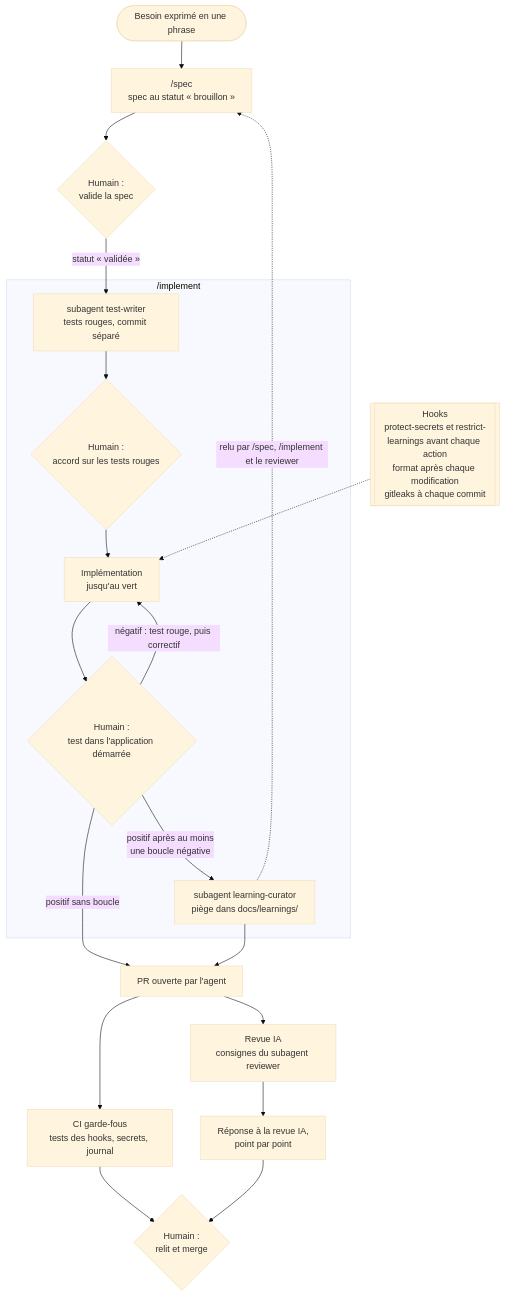
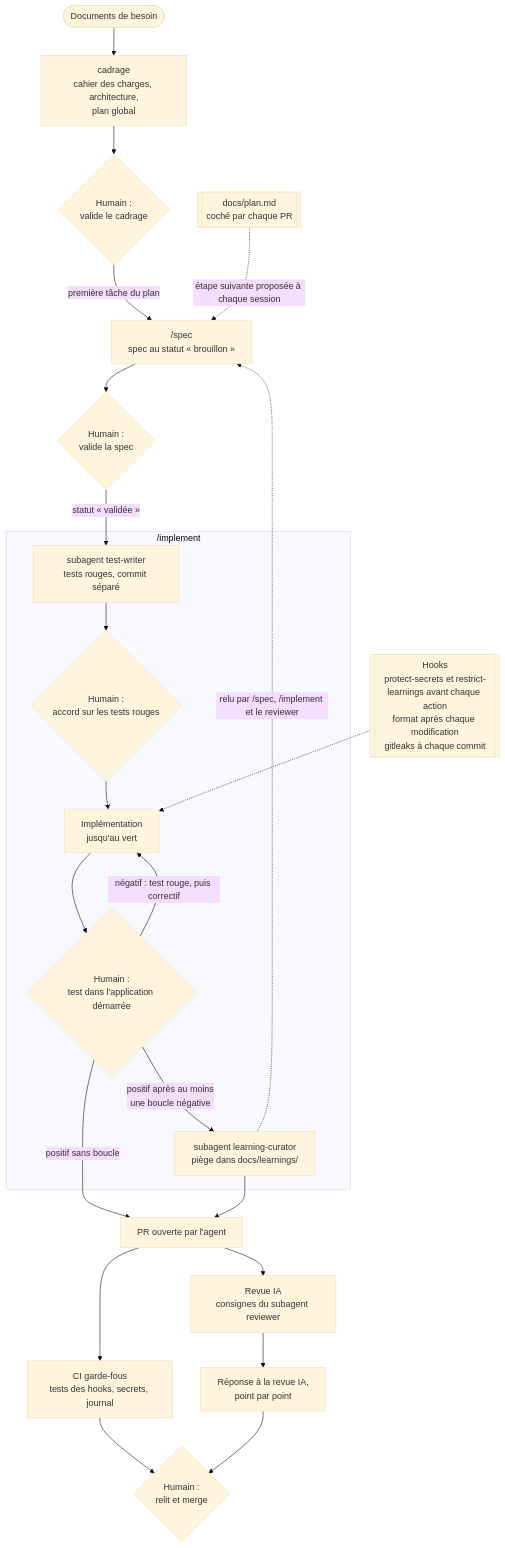
One commit to yanis-vroland/agentic-dev-workflow changed the diagram in README.md. Above: the diagram before and after it, drawn with Mermaid (base theme). The commit also changed other lines of this file and 13 other files, not shown here.

First line of the commit message:
feat: cadrage du besoin et plan global conduits par l'agent (spec 008) (#46)

````diff
--- a/README.md
+++ b/README.md
@@ -16,25 +16,28 @@
 ```mermaid
 flowchart TD
-  besoin([Besoin exprimé en une phrase]) --> spec["/spec<br/>spec au statut « brouillon »"]
+  docs([Documents de besoin]) --> cadrage["cadrage<br/>cahier des charges, architecture,<br/>plan global"]
+  cadrage --> h0{"Humain :<br/>valide le cadrage"}
+  h0 -- "première tâche du plan" --> spec["/spec<br/>spec au statut « brouillon »"]
   spec --> h1{"Humain :<br/>valide la spec"}
   h1 -- "statut « validée »" --> tw
 
   subgraph implement ["/implement"]
     tw["subagent test-writer<br/>tests rouges, commit séparé"] --> h2{"Humain :<br/>accord sur les tests rouges"}
     h2 --> code["Implémentation<br/>jusqu'au vert"]
     code --> h3{"Humain :<br/>test dans l'application démarrée"}
     h3 -- "négatif : test rouge, puis correctif" --> code
     h3 -- "positif après au moins<br/>une boucle négative" --> lc["subagent learning-curator<br/>piège dans docs/learnings/"]
   end
 
   hooks[["Hooks<br/>protect-secrets et restrict-learnings avant chaque action<br/>format après chaque modification<br/>gitleaks à chaque commit"]] -.-> code
   lc -.->|relu par /spec, /implement et le reviewer| spec
 
+  plan[["docs/plan.md<br/>coché par chaque PR"]] -.->|étape suivante proposée à chaque session| spec
   h3 -- "positif sans boucle" --> pr
   lc --> pr["PR ouverte par l'agent"]
   pr --> ci["CI garde-fous<br/>tests des hooks, secrets, journal"]
   pr --> ia["Revue IA<br/>consignes du subagent reviewer"]
   ia --> rep["Réponse à la revue IA,<br/>point par point"]
   ci --> h4{"Humain :<br/>relit et merge"}
   rep --> h4
 ```
````
